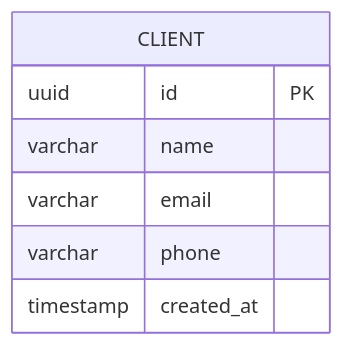
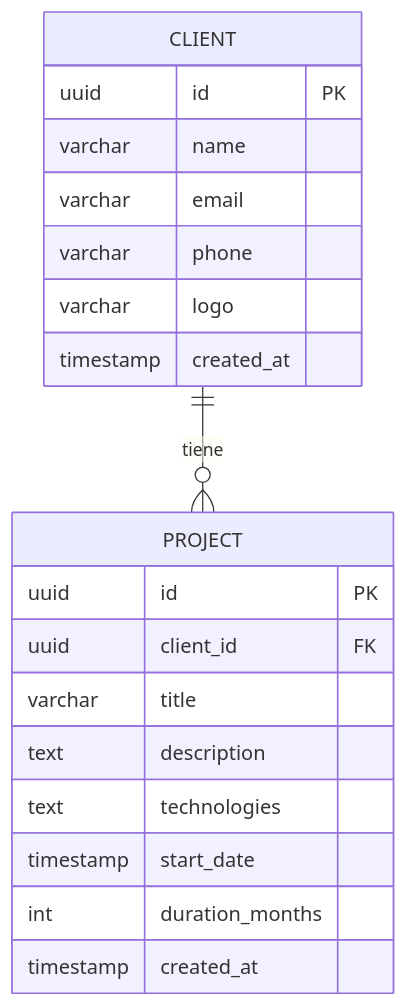
Before and after one commit to ebugedo/poc-sdd-net-core-api: the diagram in design/data-model/data-model.md, drawn with Mermaid. The commit also changed other lines of this file and 54 other files, not shown here.

First line of the commit message:
feat: add optional client logo and Projects entity

````diff
--- a/design/data-model/data-model.md
+++ b/design/data-model/data-model.md
@@ -10,10 +10,22 @@
 ```mermaid
 erDiagram
+    CLIENT ||--o{ PROJECT : "tiene"
     CLIENT {
         uuid id PK
         varchar name
         varchar email
         varchar phone
+        varchar logo
+        timestamp created_at
+    }
+    PROJECT {
+        uuid id PK
+        uuid client_id FK
+        varchar title
+        text description
+        text technologies
+        timestamp start_date
+        int duration_months
         timestamp created_at
     }
 ```
````
